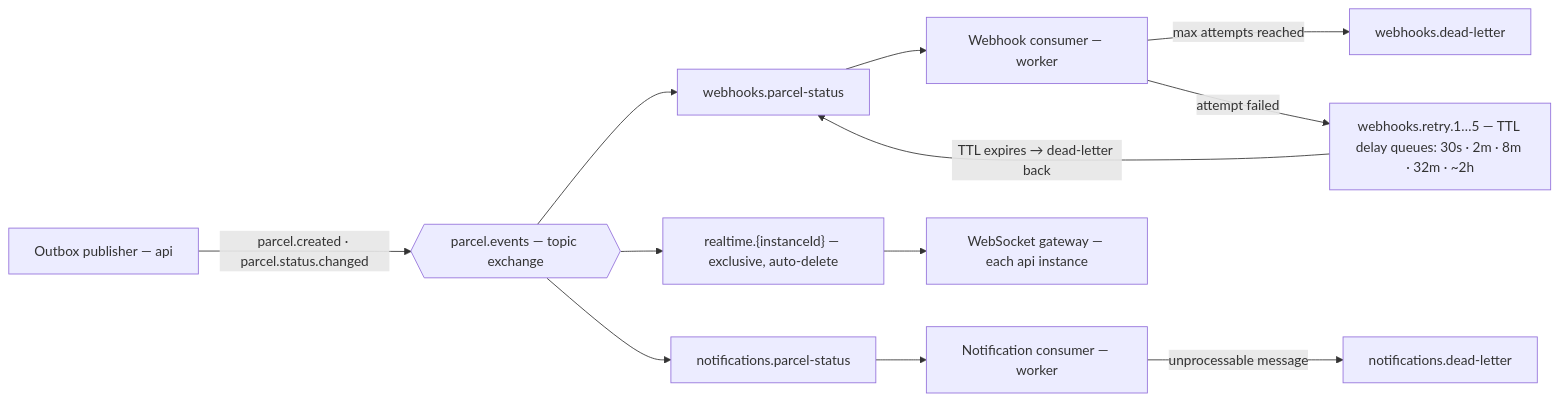
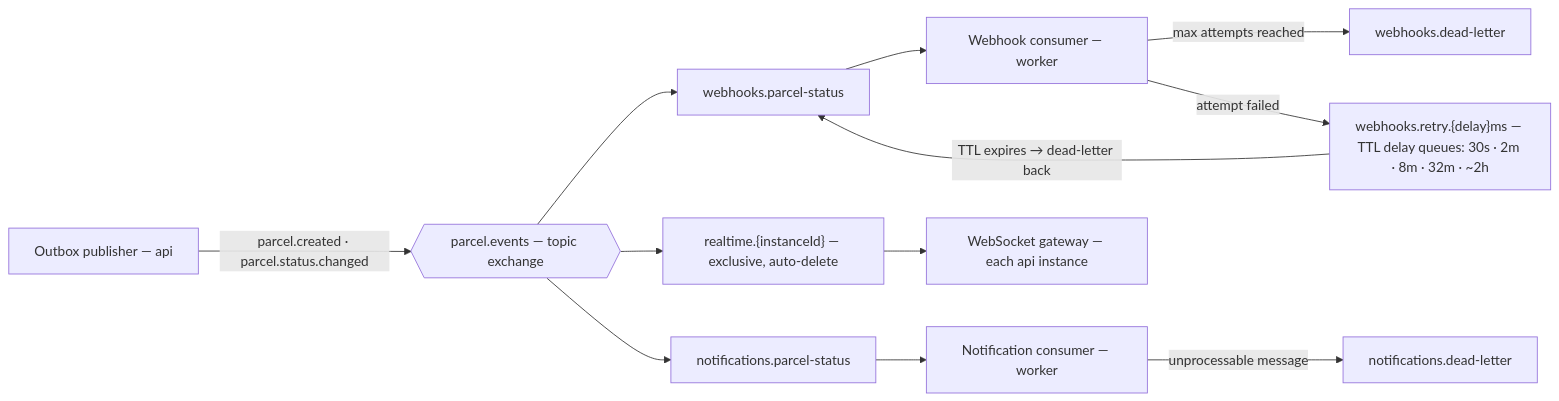
One commit to dilshanmolligoda/SwiftDrop changed the fourth of 6 diagrams in ARCHITECTURE.md. Above: the diagram before and after it, drawn with Mermaid. The commit also changed 34 other files, not shown here.

````diff
--- a/ARCHITECTURE.md
+++ b/ARCHITECTURE.md
@@ -251,27 +251,27 @@
 ```mermaid
 flowchart LR
     OUT["Outbox publisher — api"]
     EX{{"parcel.events — topic exchange"}}
 
     QN["notifications.parcel-status"]
     QW["webhooks.parcel-status"]
     QT["realtime.{instanceId} — exclusive, auto-delete"]
 
     NC["Notification consumer — worker"]
     WC["Webhook consumer — worker"]
     RT["WebSocket gateway — each api instance"]
 
-    RQ["webhooks.retry.1…5 — TTL delay queues: 30s · 2m · 8m · 32m · ~2h"]
+    RQ["webhooks.retry.{delay}ms — TTL delay queues: 30s · 2m · 8m · 32m · ~2h"]
     DLQW["webhooks.dead-letter"]
     DLQN["notifications.dead-letter"]
 
     OUT -->|"parcel.created · parcel.status.changed"| EX
     EX --> QN --> NC
     EX --> QW --> WC
     EX --> QT --> RT
 
     WC -->|"attempt failed"| RQ
     RQ -->|"TTL expires → dead-letter back"| QW
     WC -->|"max attempts reached"| DLQW
     NC -->|"unprocessable message"| DLQN
 ```
````
